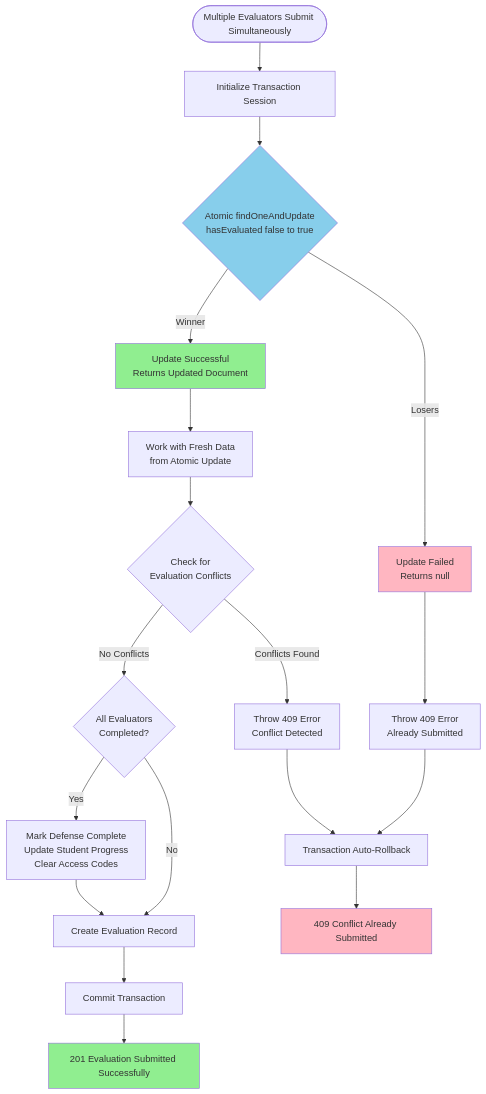
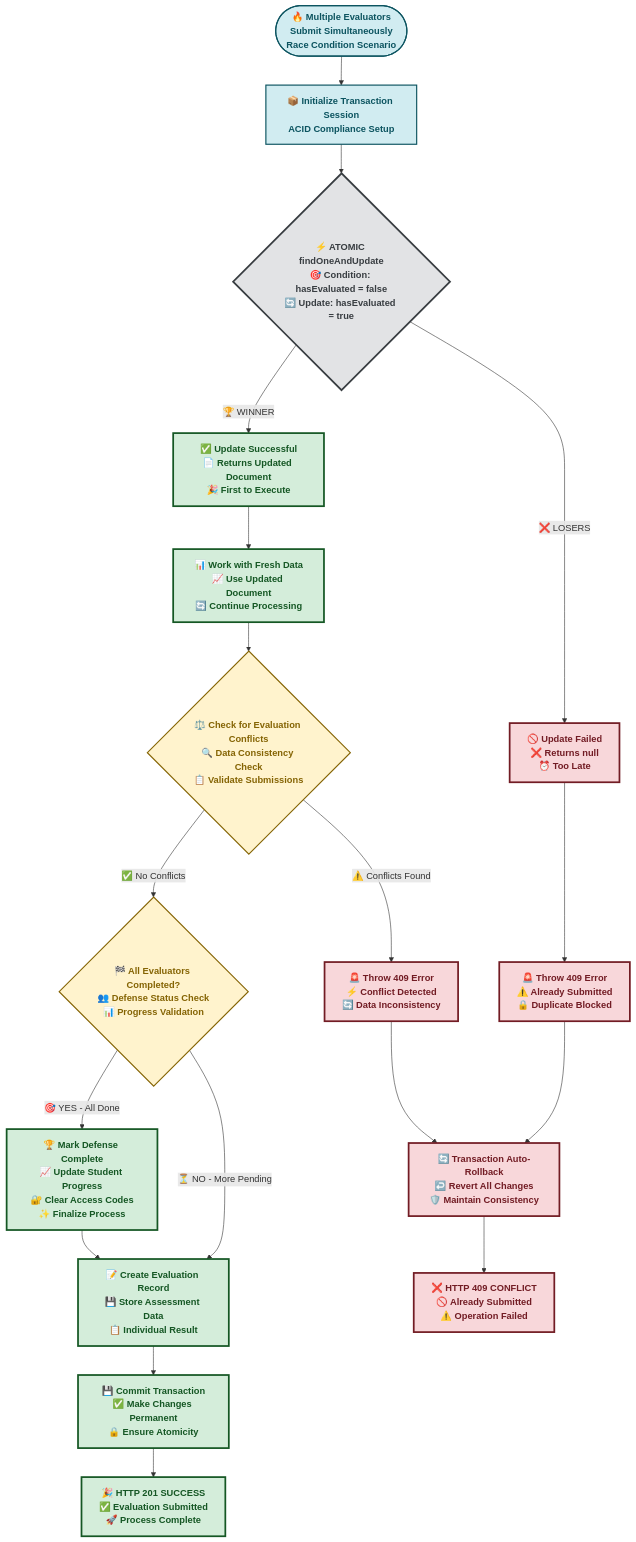
One commit to nikeshgamal24/College-Project-Management-System changed the first of 7 diagrams in Concurrent-Evaluation-Handling-Analysis.md. Above: the diagram before and after it, drawn with Mermaid. The commit also changed other lines of this file, not shown here.

Commit message:
concurrent-evaluation-submission markdown file issue handle

````diff
--- a/Concurrent-Evaluation-Handling-Analysis.md
+++ b/Concurrent-Evaluation-Handling-Analysis.md
@@ -80,35 +80,41 @@
 ```mermaid
 flowchart TD
-    Start([Multiple Evaluators Submit Simultaneously]) --> Init[Initialize Transaction Session]
+    Start(["🔥 Multiple Evaluators<br/>Submit Simultaneously<br/>Race Condition Scenario"]) --> Init["📦 Initialize Transaction Session<br/>ACID Compliance Setup"]
     
-    Init --> Atomic{Atomic findOneAndUpdate<br/>hasEvaluated false to true}
+    Init --> Atomic{"⚡ ATOMIC findOneAndUpdate<br/>🎯 Condition: hasEvaluated = false<br/>🔄 Update: hasEvaluated = true"}
     
-    Atomic -->|Winner| Success[Update Successful<br/>Returns Updated Document]
-    Atomic -->|Losers| Fail[Update Failed<br/>Returns null]
+    Atomic -->|"🏆 WINNER"| Success["✅ Update Successful<br/>📄 Returns Updated Document<br/>🎉 First to Execute"]
+    Atomic -->|"❌ LOSERS"| Fail["🚫 Update Failed<br/>❌ Returns null<br/>⏰ Too Late"]
     
-    Success --> Fresh[Work with Fresh Data<br/>from Atomic Update]
-    Fail --> Error409[Throw 409 Error<br/>Already Submitted]
+    Success --> Fresh["📊 Work with Fresh Data<br/>📈 Use Updated Document<br/>🔄 Continue Processing"]
+    Fail --> Error409["🚨 Throw 409 Error<br/>⚠️ Already Submitted<br/>🔒 Duplicate Blocked"]
     
-    Fresh --> Conflict{Check for<br/>Evaluation Conflicts}
+    Fresh --> Conflict{"⚖️ Check for Evaluation Conflicts<br/>🔍 Data Consistency Check<br/>📋 Validate Submissions"}
     
-    Conflict -->|No Conflicts| Complete{All Evaluators<br/>Completed?}
-    Conflict -->|Conflicts Found| ConflictError[Throw 409 Error<br/>Conflict Detected]
+    Conflict -->|"✅ No Conflicts"| Complete{"🏁 All Evaluators Completed?<br/>👥 Defense Status Check<br/>📊 Progress Validation"}
+    Conflict -->|"⚠️ Conflicts Found"| ConflictError["🚨 Throw 409 Error<br/>⚡ Conflict Detected<br/>🔄 Data Inconsistency"]
     
-    Complete -->|Yes| DefenseComplete[Mark Defense Complete<br/>Update Student Progress<br/>Clear Access Codes]
-    Complete -->|No| CreateEval[Create Evaluation Record]
+    Complete -->|"🎯 YES - All Done"| DefenseComplete["🏆 Mark Defense Complete<br/>📈 Update Student Progress<br/>🔐 Clear Access Codes<br/>✨ Finalize Process"]
+    Complete -->|"⏳ NO - More Pending"| CreateEval["📝 Create Evaluation Record<br/>💾 Store Assessment Data<br/>📋 Individual Result"]
     
     DefenseComplete --> CreateEval
-    CreateEval --> Commit[Commit Transaction]
+    CreateEval --> Commit["💾 Commit Transaction<br/>✅ Make Changes Permanent<br/>🔒 Ensure Atomicity"]
     
-    Commit --> SuccessResponse[201 Evaluation Submitted Successfully]
-    Error409 --> Rollback[Transaction Auto-Rollback]
+    Commit --> SuccessResponse["🎉 HTTP 201 SUCCESS<br/>✅ Evaluation Submitted<br/>🚀 Process Complete"]
+    Error409 --> Rollback["🔄 Transaction Auto-Rollback<br/>↩️ Revert All Changes<br/>🛡️ Maintain Consistency"]
     ConflictError --> Rollback
     
-    Rollback --> ErrorResponse[409 Conflict Already Submitted]
-    
-    style Success fill:#90EE90
-    style Fail fill:#FFB6C1
-    style SuccessResponse fill:#90EE90
-    style ErrorResponse fill:#FFB6C1
-    style Atomic fill:#87CEEB
+    Rollback --> ErrorResponse["❌ HTTP 409 CONFLICT<br/>🚫 Already Submitted<br/>⚠️ Operation Failed"]
+
+    classDef successPath fill:#d4edda,stroke:#155724,stroke-width:3px,color:#155724,font-weight:bold
+    classDef errorPath fill:#f8d7da,stroke:#721c24,stroke-width:3px,color:#721c24,font-weight:bold
+    classDef processPath fill:#d1ecf1,stroke:#0c5460,stroke-width:2px,color:#0c5460,font-weight:bold
+    classDef decisionPath fill:#fff3cd,stroke:#856404,stroke-width:2px,color:#856404,font-weight:bold
+    classDef criticalPath fill:#e2e3e5,stroke:#383d41,stroke-width:3px,color:#383d41,font-weight:bold
+
+    class Success,Fresh,CreateEval,Commit,SuccessResponse,DefenseComplete successPath
+    class Fail,Error409,ConflictError,Rollback,ErrorResponse errorPath
+    class Start,Init processPath
+    class Conflict,Complete decisionPath
+    class Atomic criticalPath
 ```
````
